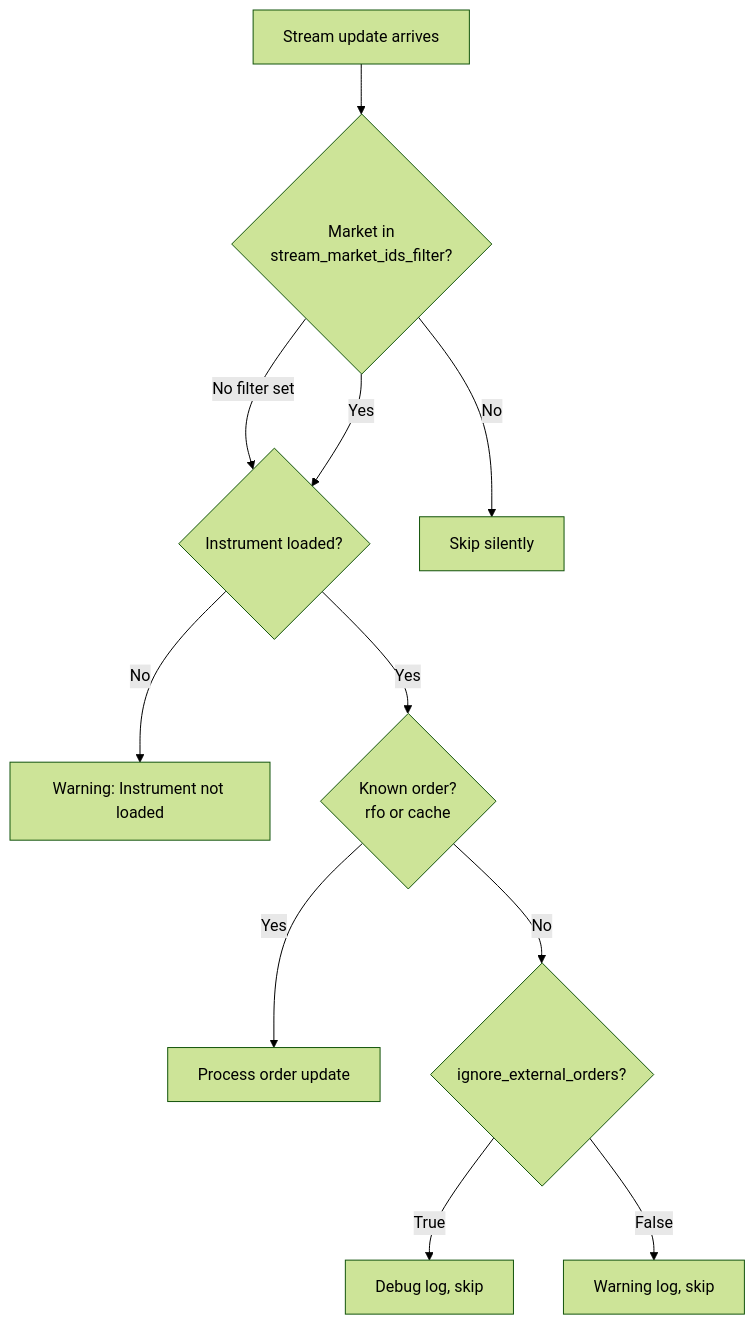
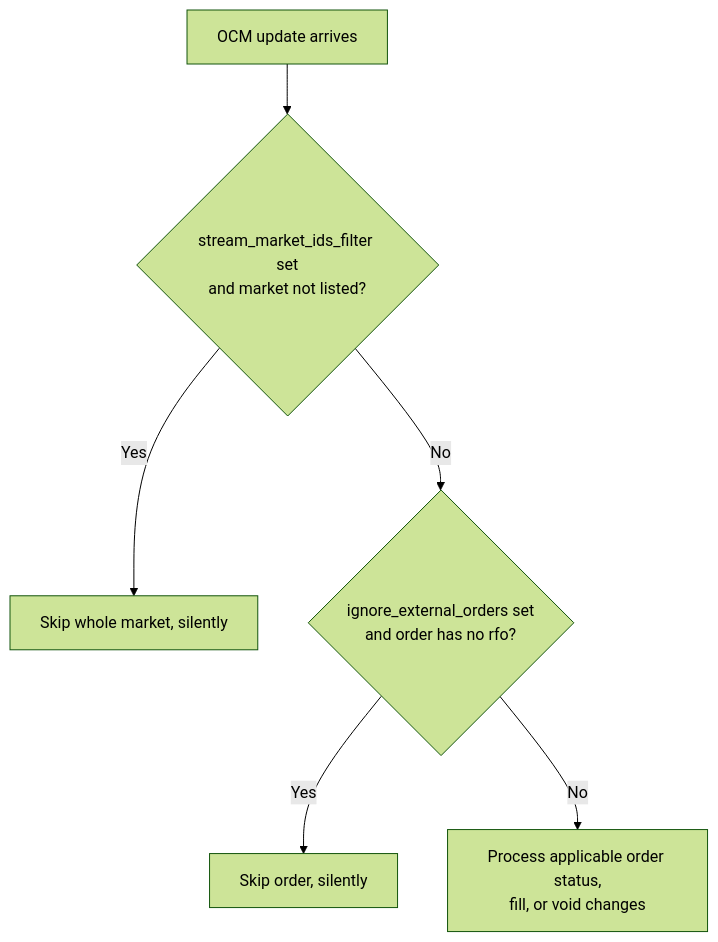
Before and after one commit to brianmok888/nautilus-trader-dev-skill: the diagram in skills/nt-adapters/references/integrations/betfair.md, drawn with Mermaid (forest theme). The commit also changed other lines of this file and 214 other files, not shown here.

````diff
--- a/skills/nt-adapters/references/integrations/betfair.md
+++ b/skills/nt-adapters/references/integrations/betfair.md
@@ -264,13 +379,8 @@
 ```mermaid
 flowchart TD
-    A[Stream update arrives] --> B{Market in<br/>stream_market_ids_filter?}
-    B -->|No filter set| C{Instrument loaded?}
-    B -->|Yes| C
-    B -->|No| D[Skip silently]
-    C -->|No| E[Warning: Instrument not loaded]
-    C -->|Yes| F{Known order?<br/>rfo or cache}
-    F -->|Yes| G[Process order update]
-    F -->|No| H{ignore_external_orders?}
-    H -->|True| I[Debug log, skip]
-    H -->|False| J[Warning log, skip]
+    A[OCM update arrives] --> B{stream_market_ids_filter set<br/>and market not listed?}
+    B -->|Yes| C[Skip whole market, silently]
+    B -->|No| D{ignore_external_orders set<br/>and order has no rfo?}
+    D -->|Yes| E[Skip order, silently]
+    D -->|No| F[Process applicable order status,<br/>fill, or void changes]
 ```
````
